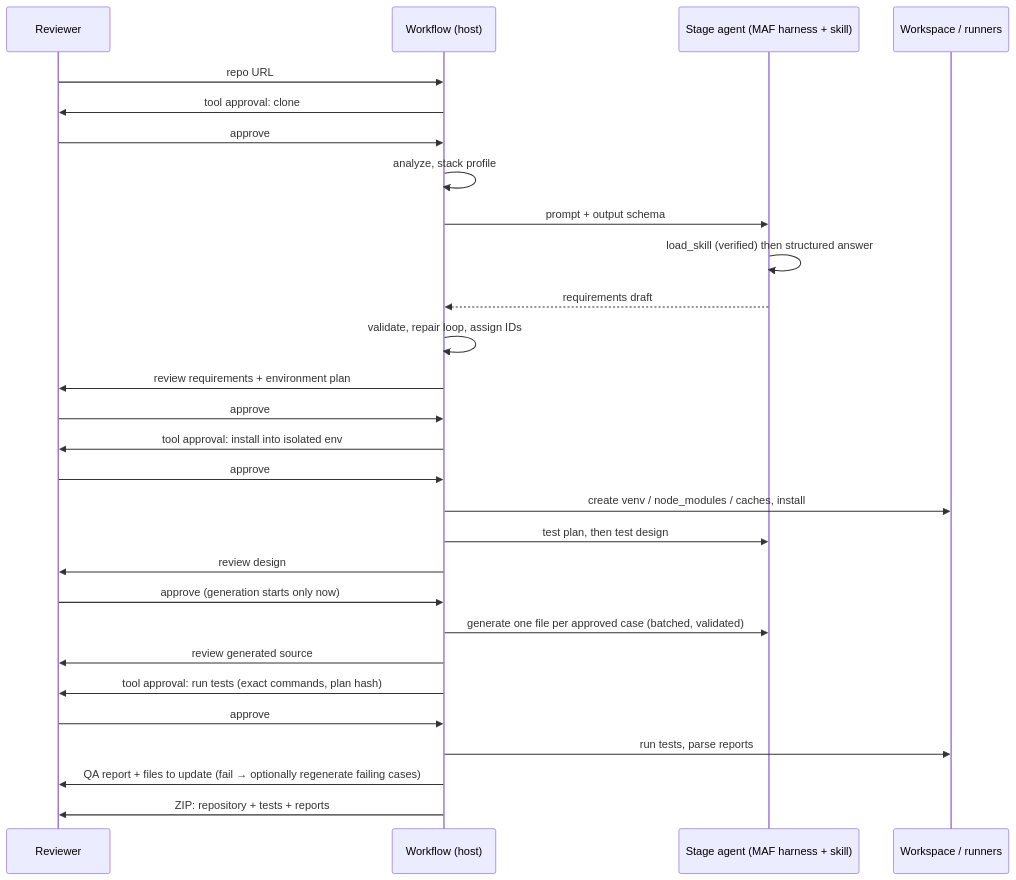
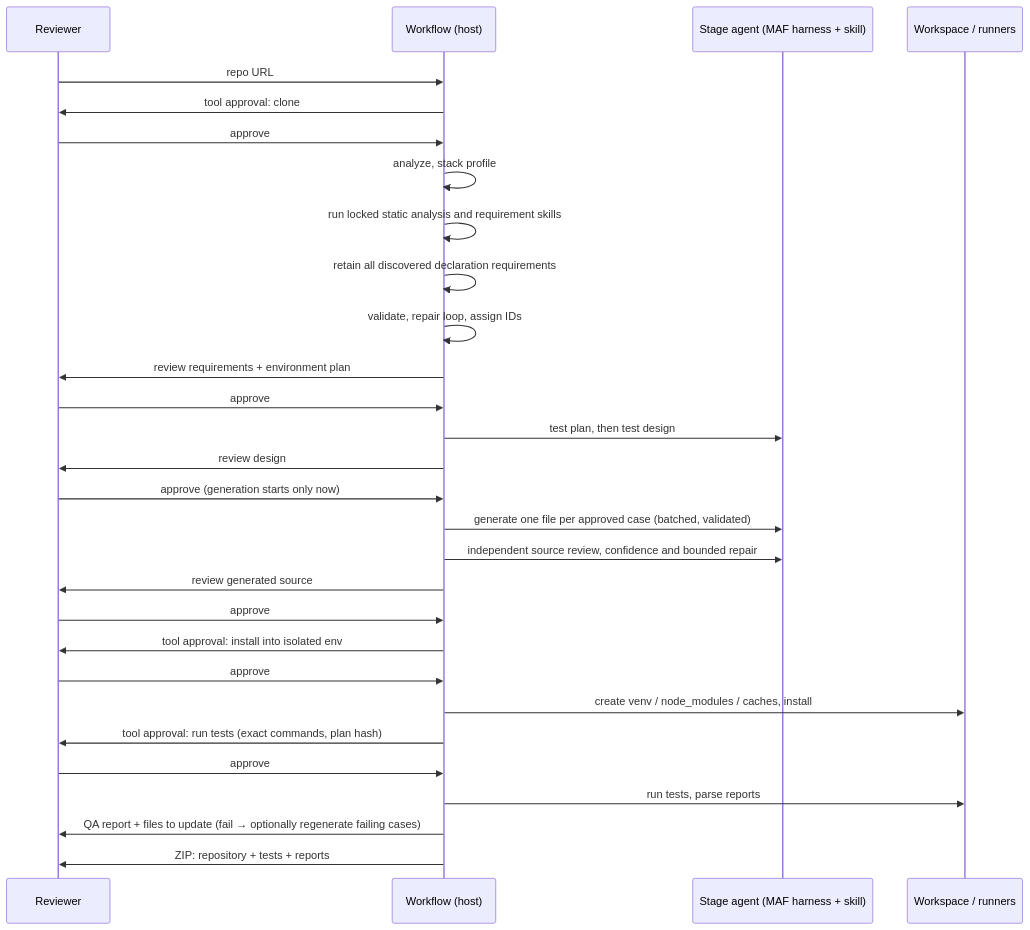
The third of 3 diagrams in docs/ARCHITECTURE.md (sarveshtalele/maf-harness-testing), drawn with Mermaid before and after one commit. The commit also changed other lines of this file and 61 other files, not shown here.

Commit message:
fix(harness): preserve source coverage and review generated cases

````diff
--- a/docs/ARCHITECTURE.md
+++ b/docs/ARCHITECTURE.md
@@ -99,30 +99,31 @@
 ```mermaid
 sequenceDiagram
   participant H as Reviewer
   participant W as Workflow (host)
   participant A as Stage agent (MAF harness + skill)
   participant X as Workspace / runners
   H->>W: repo URL
   W->>H: tool approval: clone
   H->>W: approve
   W->>W: analyze, stack profile
-  W->>A: prompt + output schema
-  A->>A: load_skill (verified) then structured answer
-  A-->>W: requirements draft
+  W->>W: run locked static analysis and requirement skills
+  W->>W: retain all discovered declaration requirements
   W->>W: validate, repair loop, assign IDs
   W->>H: review requirements + environment plan
+  H->>W: approve
+  W->>A: test plan, then test design
+  W->>H: review design
+  H->>W: approve (generation starts only now)
+  W->>A: generate one file per approved case (batched, validated)
+  W->>A: independent source review, confidence and bounded repair
+  W->>H: review generated source
   H->>W: approve
   W->>H: tool approval: install into isolated env
   H->>W: approve
   W->>X: create venv / node_modules / caches, install
-  W->>A: test plan, then test design
-  W->>H: review design
-  H->>W: approve (generation starts only now)
-  W->>A: generate one file per approved case (batched, validated)
-  W->>H: review generated source
   W->>H: tool approval: run tests (exact commands, plan hash)
   H->>W: approve
   W->>X: run tests, parse reports
   W->>H: QA report + files to update (fail → optionally regenerate failing cases)
   W->>H: ZIP: repository + tests + reports
 ```
````
